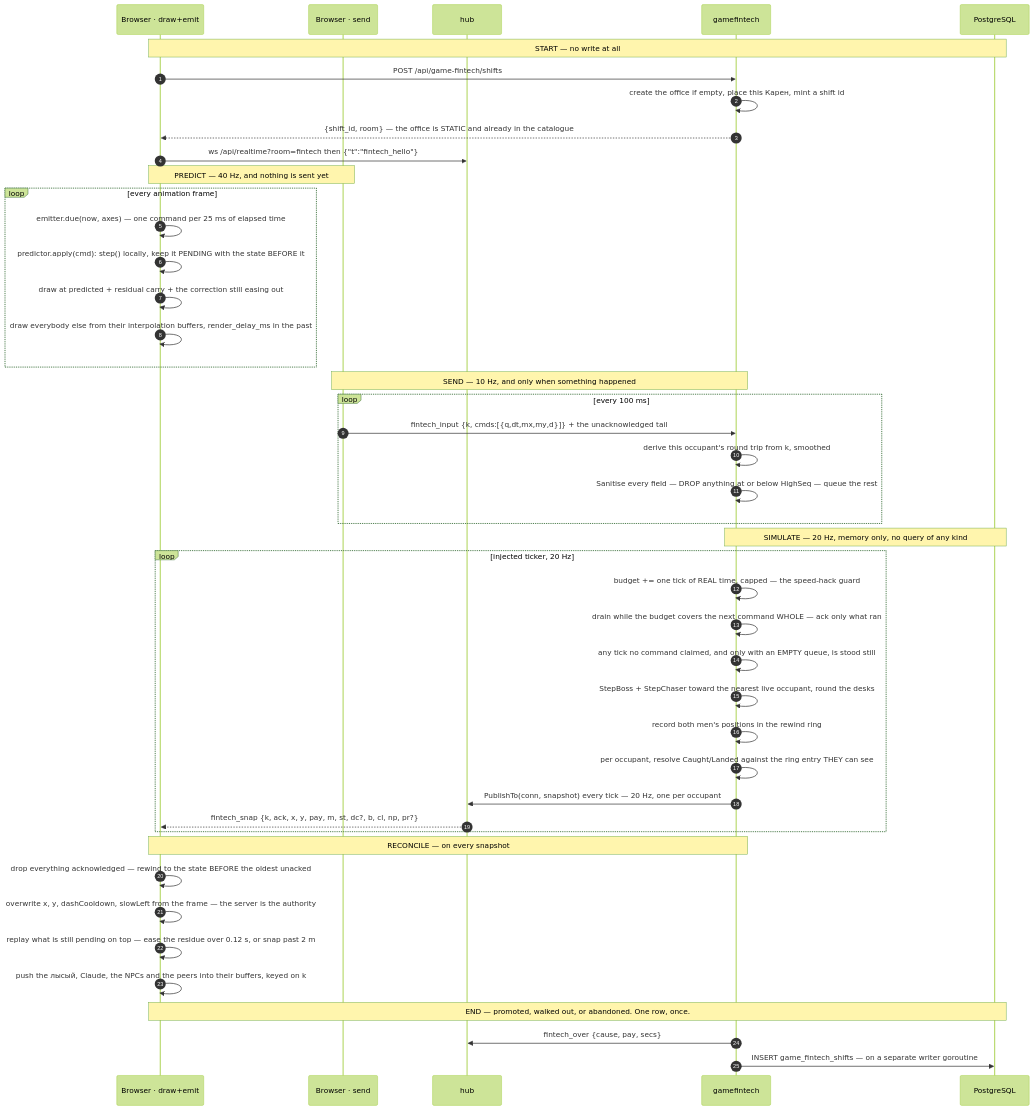
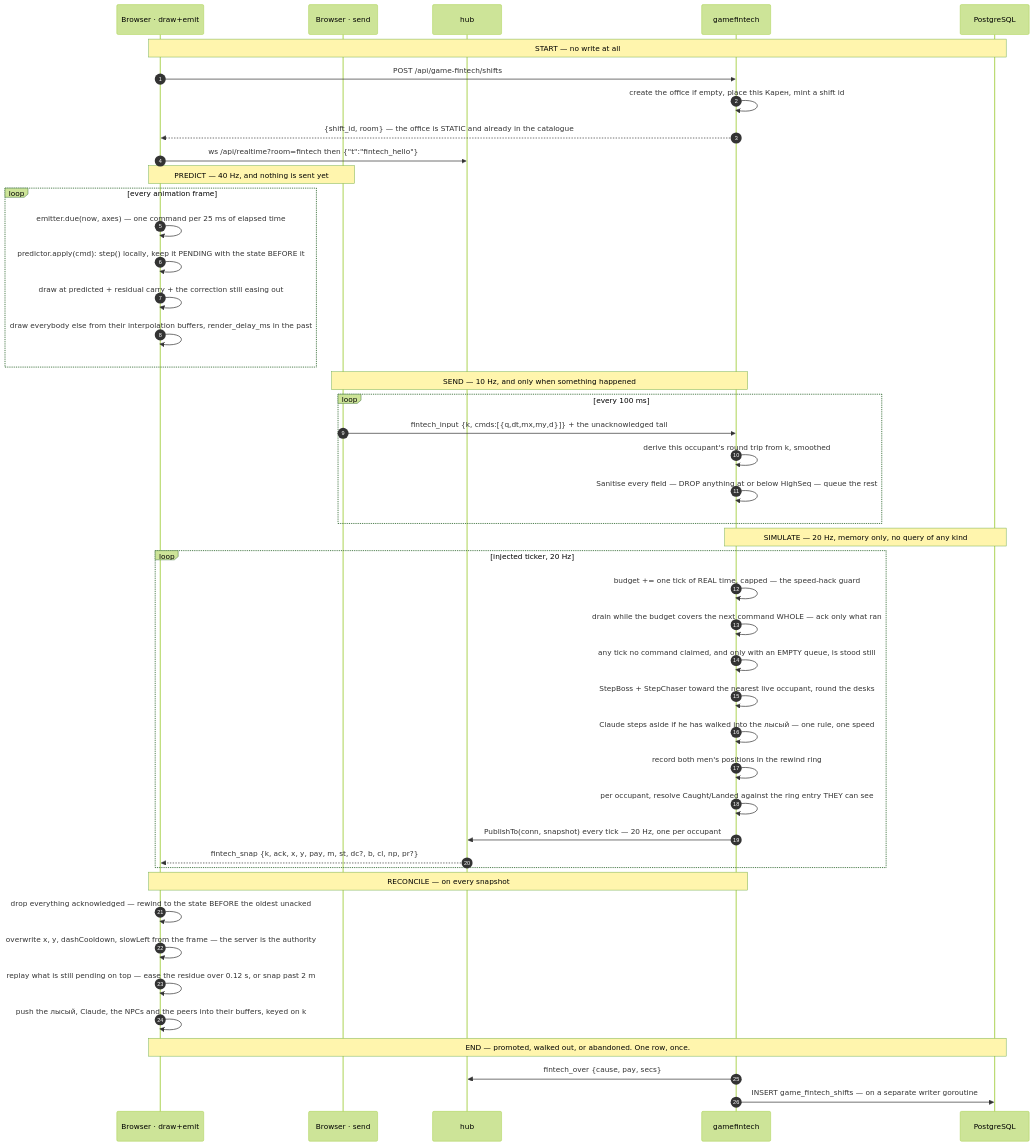
The ninth of 13 diagrams in docs/ARCHITECTURE.md (SergeyZSpb/psycho-space), drawn with Mermaid (forest theme) before and after one commit. The commit also changed 3 other files, not shown here.

````diff
--- a/docs/ARCHITECTURE.md
+++ b/docs/ARCHITECTURE.md
@@ -390,52 +390,53 @@
 ```mermaid
 sequenceDiagram
     autonumber
     participant D as Browser · draw+emit
     participant S as Browser · send
     participant H as hub
     participant G as gamefintech
     participant P as PostgreSQL
 
     Note over D,P: START — no write at all
     D->>G: POST /api/game-fintech/shifts
     G->>G: create the office if empty, place this Карен, mint a shift id
     G-->>D: {shift_id, room} — the office is STATIC and already in the catalogue
     D->>H: ws /api/realtime?room=fintech then {"t":"fintech_hello"}
 
     Note over D,S: PREDICT — 40 Hz, and nothing is sent yet
     loop every animation frame
         D->>D: emitter.due(now, axes) — one command per 25 ms of elapsed time
         D->>D: predictor.apply(cmd): step() locally, keep it PENDING with the state BEFORE it
         D->>D: draw at predicted + residual carry + the correction still easing out
         D->>D: draw everybody else from their interpolation buffers, render_delay_ms in the past
     end
 
     Note over S,G: SEND — 10 Hz, and only when something happened
     loop every 100 ms
         S->>G: fintech_input {k, cmds:[{q,dt,mx,my,d}]} + the unacknowledged tail
         G->>G: derive this occupant's round trip from k, smoothed
         G->>G: Sanitise every field — DROP anything at or below HighSeq — queue the rest
     end
 
     Note over G,P: SIMULATE — 20 Hz, memory only, no query of any kind
     loop injected ticker, 20 Hz
         G->>G: budget += one tick of REAL time, capped — the speed-hack guard
         G->>G: drain while the budget covers the next command WHOLE — ack only what ran
         G->>G: any tick no command claimed, and only with an EMPTY queue, is stood still
         G->>G: StepBoss + StepChaser toward the nearest live occupant, round the desks
+        G->>G: Claude steps aside if he has walked into the лысый — one rule, one speed
         G->>G: record both men's positions in the rewind ring
         G->>G: per occupant, resolve Caught/Landed against the ring entry THEY can see
         G->>H: PublishTo(conn, snapshot) every tick — 20 Hz, one per occupant
         H-->>D: fintech_snap {k, ack, x, y, pay, m, st, dc?, b, cl, np, pr?}
     end
 
     Note over D,G: RECONCILE — on every snapshot
     D->>D: drop everything acknowledged — rewind to the state BEFORE the oldest unacked
     D->>D: overwrite x, y, dashCooldown, slowLeft from the frame — the server is the authority
     D->>D: replay what is still pending on top — ease the residue over 0.12 s, or snap past 2 m
     D->>D: push the лысый, Claude, the NPCs and the peers into their buffers, keyed on k
 
     Note over D,P: END — promoted, walked out, or abandoned. One row, once.
     G->>H: fintech_over {cause, pay, secs}
     G->>P: INSERT game_fintech_shifts — on a separate writer goroutine
 ```
````
